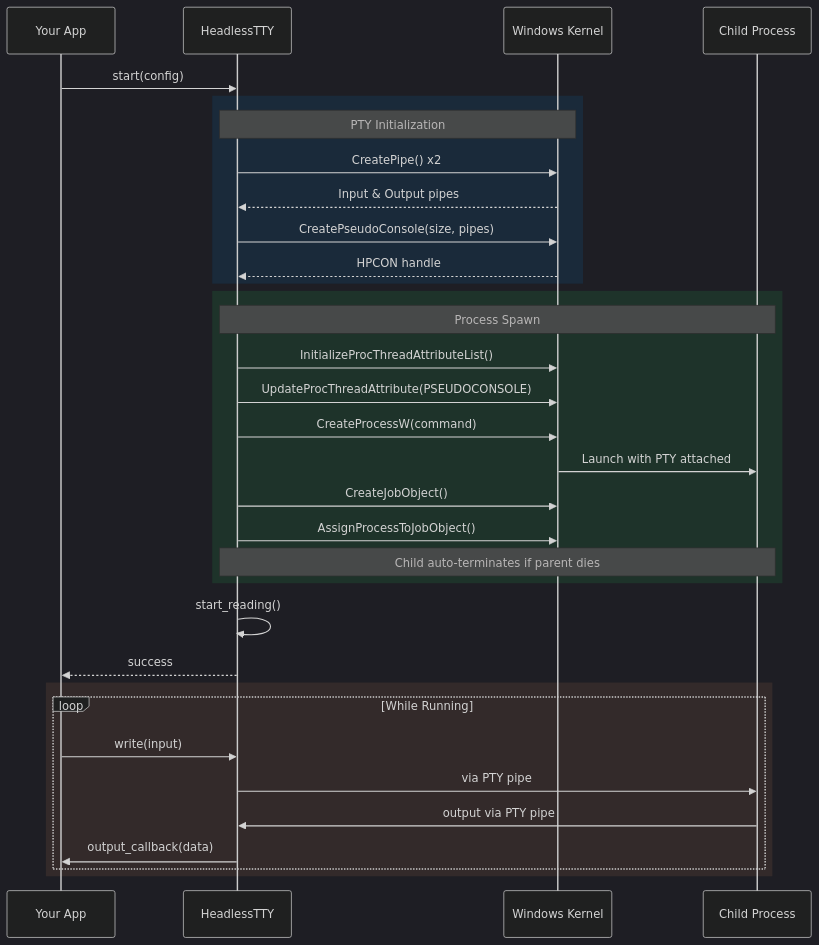
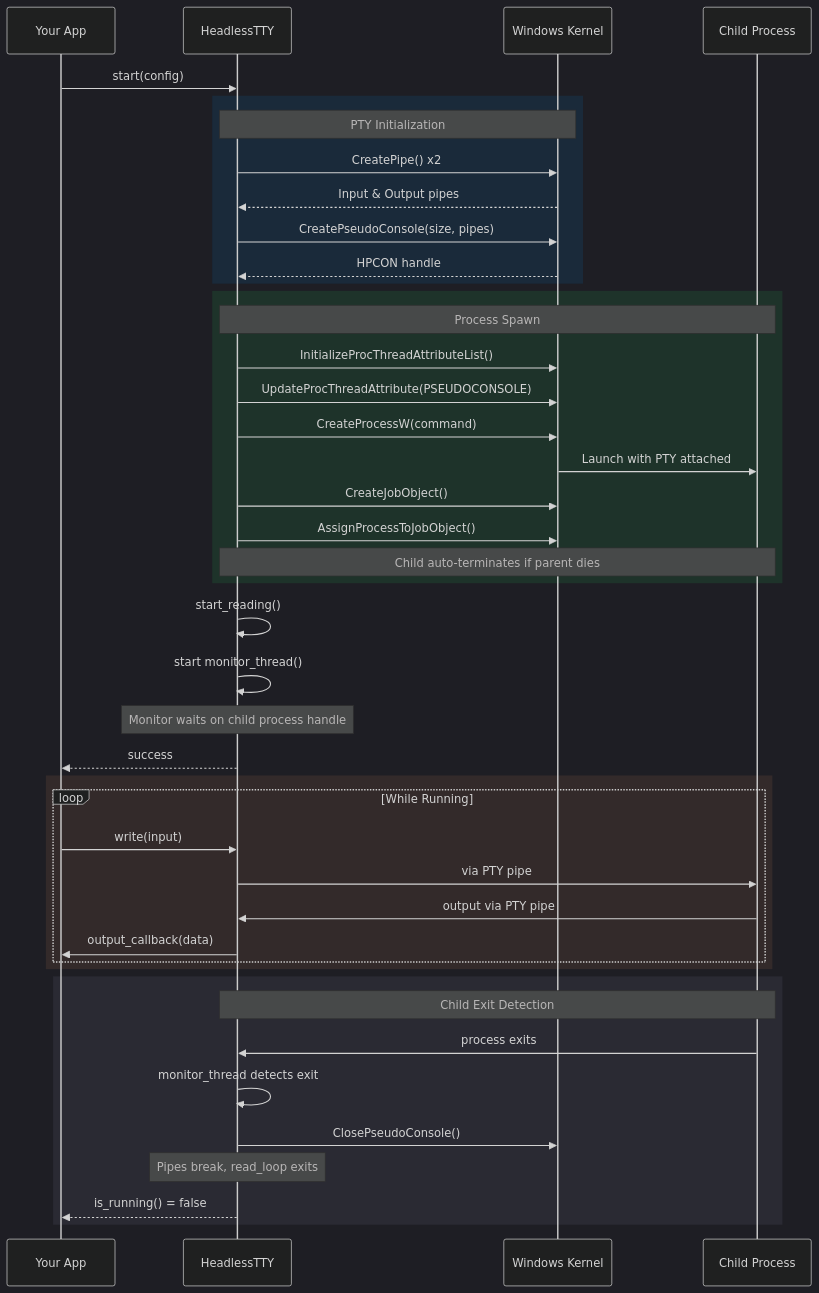
One commit to revoconner/Headless-TTY changed the second of 4 diagrams in README.md. Above: the diagram before and after it, drawn with Mermaid. The commit also changed other lines of this file and 6 other files, not shown here.

````diff
--- a/README.md
+++ b/README.md
@@ -198,41 +213,52 @@
 ```mermaid
 %%{init: {'theme': 'dark', 'themeVariables': { 'primaryColor': '#1f2937', 'primaryTextColor': '#f3f4f6', 'primaryBorderColor': '#4b5563', 'lineColor': '#9ca3af'}}}%%
 sequenceDiagram
     participant App as Your App
     participant HTT as HeadlessTTY
     participant Win as Windows Kernel
     participant Child as Child Process
 
     App->>HTT: start(config)
 
     rect rgb(26, 42, 58)
         Note over HTT,Win: PTY Initialization
         HTT->>Win: CreatePipe() x2
         Win-->>HTT: Input & Output pipes
         HTT->>Win: CreatePseudoConsole(size, pipes)
         Win-->>HTT: HPCON handle
     end
 
     rect rgb(30, 51, 42)
         Note over HTT,Child: Process Spawn
         HTT->>Win: InitializeProcThreadAttributeList()
         HTT->>Win: UpdateProcThreadAttribute(PSEUDOCONSOLE)
         HTT->>Win: CreateProcessW(command)
         Win->>Child: Launch with PTY attached
         HTT->>Win: CreateJobObject()
         HTT->>Win: AssignProcessToJobObject()
         Note over HTT,Child: Child auto-terminates if parent dies
     end
 
     HTT->>HTT: start_reading()
+    HTT->>HTT: start monitor_thread()
+    Note over HTT: Monitor waits on child process handle
     HTT-->>App: success
 
     rect rgb(51, 42, 42)
         loop While Running
             App->>HTT: write(input)
             HTT->>Child: via PTY pipe
             Child->>HTT: output via PTY pipe
             HTT->>App: output_callback(data)
         end
     end
+
+    rect rgb(42, 42, 51)
+        Note over HTT,Child: Child Exit Detection
+        Child->>HTT: process exits
+        HTT->>HTT: monitor_thread detects exit
+        HTT->>Win: ClosePseudoConsole()
+        Note over HTT: Pipes break, read_loop exits
+        HTT-->>App: is_running() = false
+    end
 ```
````
